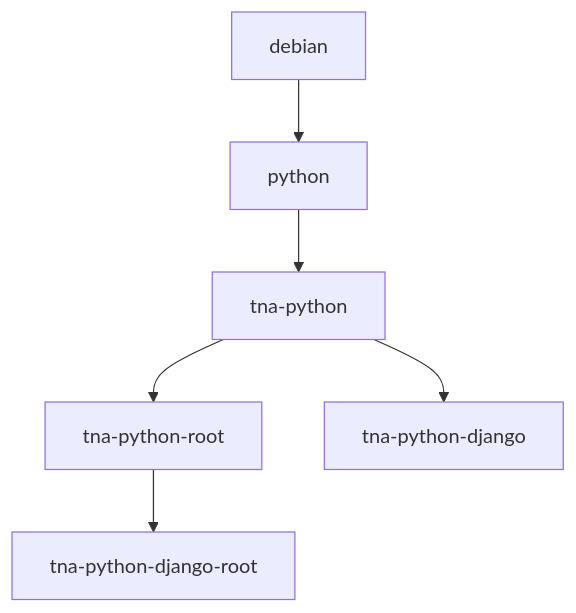
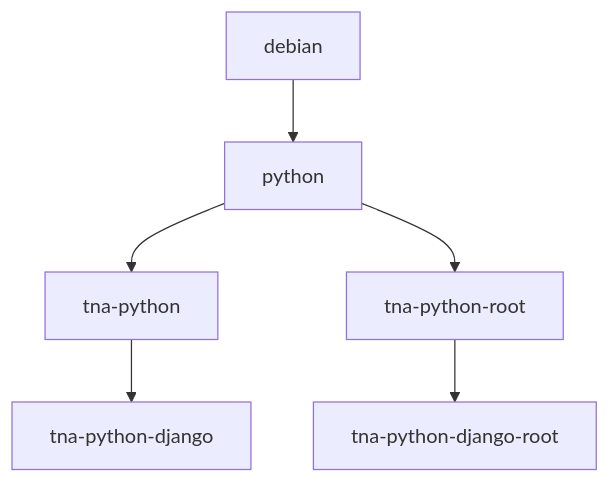
The diagram in README.md (nationalarchives/docker), drawn with Mermaid before and after one commit.

````diff
--- a/README.md
+++ b/README.md
@@ -30,8 +30,8 @@
 ```mermaid
 graph TD;
     debian --> python;
     python --> tna-python;
-    tna-python --> tna-python-root;
+    python --> tna-python-root;
     tna-python --> tna-python-django;
     tna-python-root --> tna-python-django-root;
 ```
````
